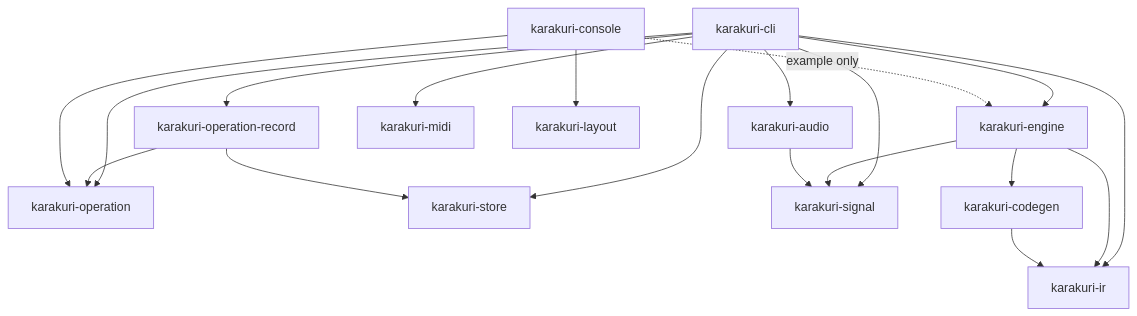
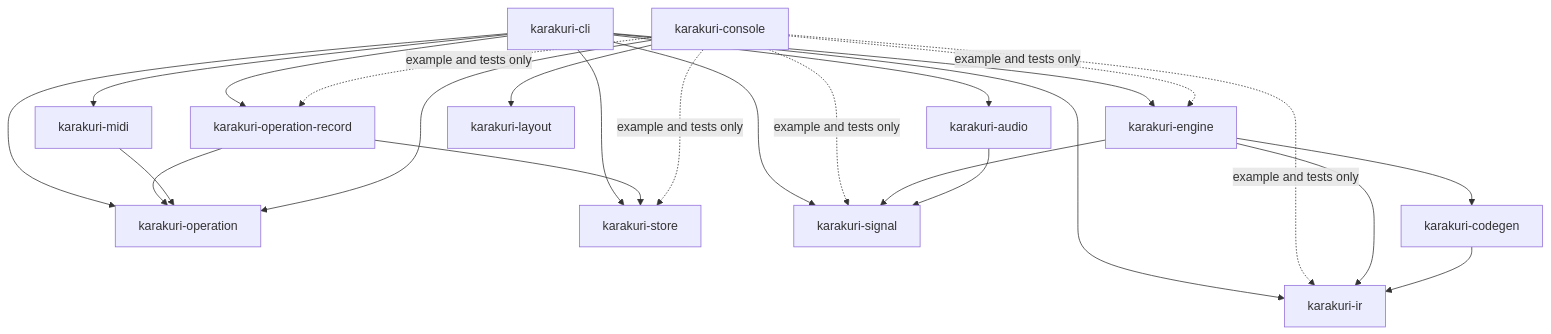
The first of 3 diagrams in docs/architecture.md (toyoshim-i/Karakuri), drawn with Mermaid before and after one commit. The commit also changed other lines of this file and 6 other files, not shown here.

````diff
--- a/docs/architecture.md
+++ b/docs/architecture.md
@@ -32,26 +32,32 @@
 ```mermaid
 graph TD
     CLI[karakuri-cli] --> ENGINE[karakuri-engine]
     CLI --> OPRECORD[karakuri-operation-record]
     CLI --> OPERATION
     CLI --> AUDIO[karakuri-audio]
     CLI --> MIDI[karakuri-midi]
     CLI --> STORE[karakuri-store]
     CLI --> IR[karakuri-ir]
     CLI --> SIGNAL[karakuri-signal]
 
     OPRECORD --> OPERATION
     OPRECORD --> STORE
 
+    MIDI --> OPERATION
+
     CONSOLE[karakuri-console] --> LAYOUT[karakuri-layout]
     CONSOLE --> OPERATION[karakuri-operation]
-    CONSOLE -.->|example only| ENGINE
+    CONSOLE -.->|example and tests only| ENGINE
+    CONSOLE -.->|example and tests only| OPRECORD
+    CONSOLE -.->|example and tests only| STORE
+    CONSOLE -.->|example and tests only| IR
+    CONSOLE -.->|example and tests only| SIGNAL
 
     ENGINE --> CODEGEN[karakuri-codegen]
     ENGINE --> IR
     ENGINE --> SIGNAL
 
     CODEGEN --> IR
 
     AUDIO --> SIGNAL
 ```
````
